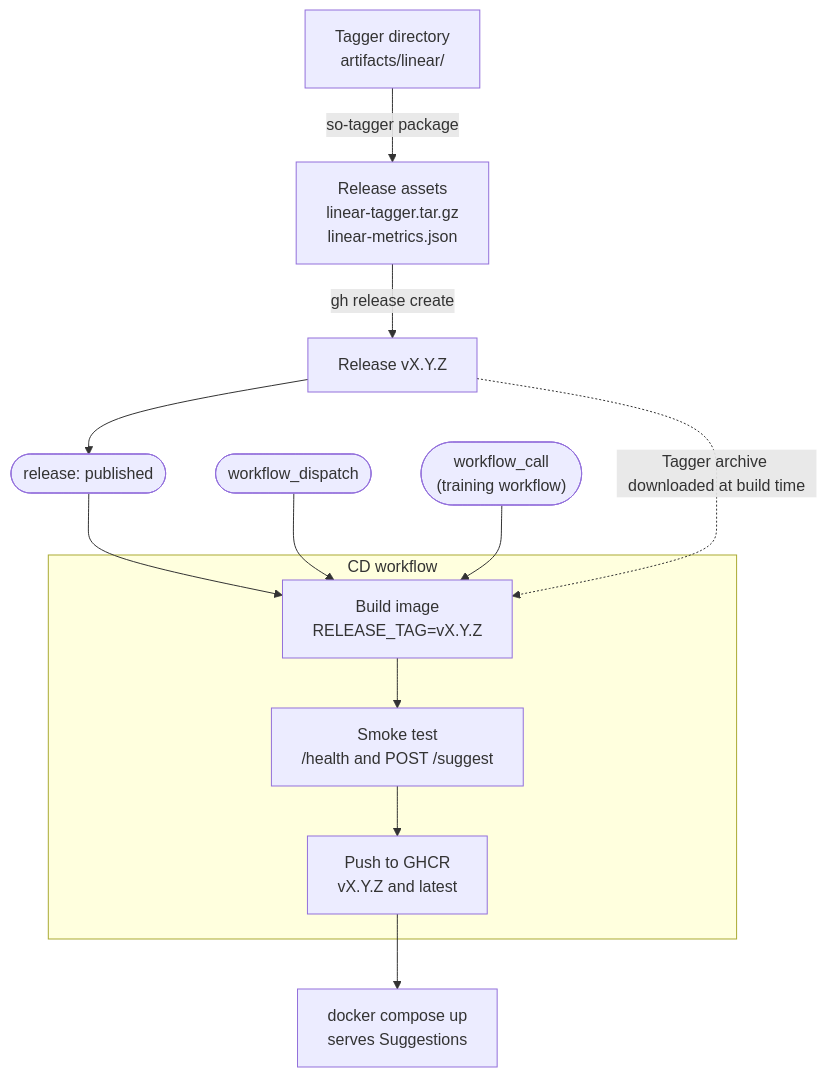
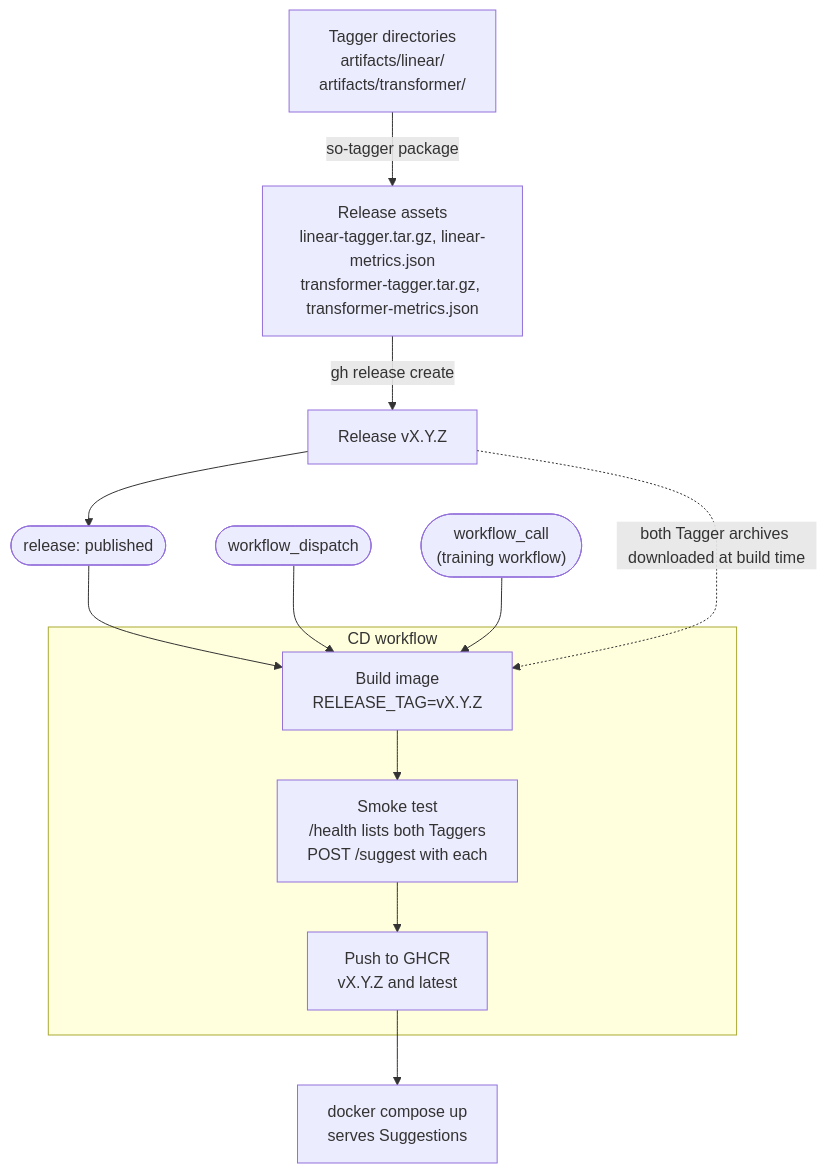
Before and after one commit to thomas-hinton/stackoverflow-tag-prediction: the first of 2 diagrams in README.md, drawn with Mermaid. The commit also changed other lines of this file and 12 other files, not shown here.

First line of the commit message:
feat: serve both Taggers from the API and the Docker image (#28)

````diff
--- a/README.md
+++ b/README.md
@@ -184,15 +217,15 @@
 ```mermaid
 flowchart TD
-    taggerDir["Tagger directory<br/>artifacts/linear/"] -->|"so-tagger package"| assets["Release assets<br/>linear-tagger.tar.gz<br/>linear-metrics.json"]
+    taggerDir["Tagger directories<br/>artifacts/linear/<br/>artifacts/transformer/"] -->|"so-tagger package"| assets["Release assets<br/>linear-tagger.tar.gz, linear-metrics.json<br/>transformer-tagger.tar.gz, transformer-metrics.json"]
     assets -->|"gh release create"| release["Release vX.Y.Z"]
     subgraph cdWorkflow ["CD workflow"]
-        build["Build image<br/>RELEASE_TAG=vX.Y.Z"] --> smoke["Smoke test<br/>/health and POST /suggest"]
+        build["Build image<br/>RELEASE_TAG=vX.Y.Z"] --> smoke["Smoke test<br/>/health lists both Taggers<br/>POST /suggest with each"]
         smoke --> push["Push to GHCR<br/>vX.Y.Z and latest"]
     end
     release --> onRelease(["release: published"])
     onRelease --> build
     onDispatch(["workflow_dispatch"]) --> build
     onCall(["workflow_call<br/>(training workflow)"]) --> build
-    release -. "Tagger archive downloaded at build time" .-> build
+    release -. "both Tagger archives downloaded at build time" .-> build
     push --> up["docker compose up<br/>serves Suggestions"]
 ```
````
